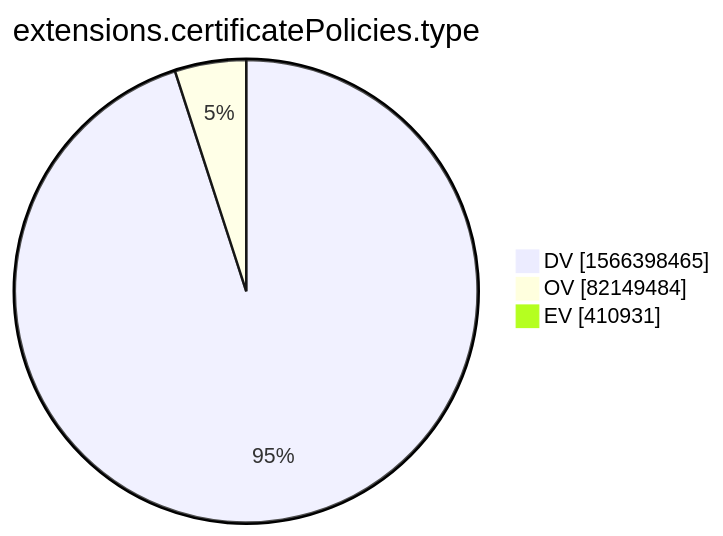
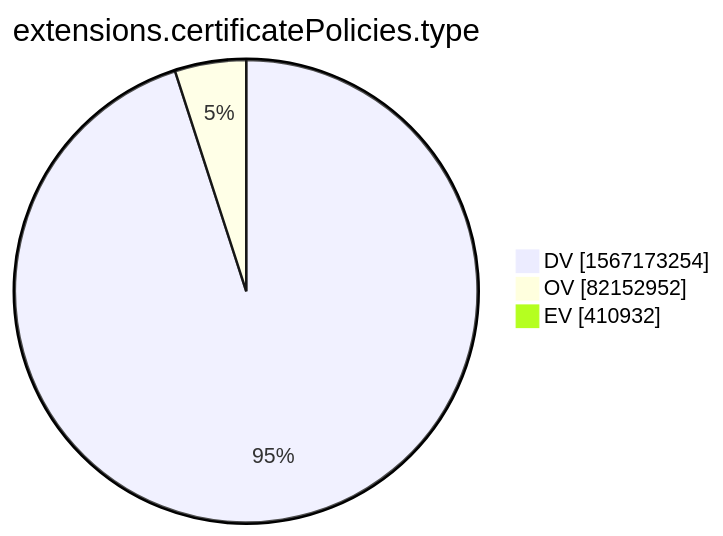
Before and after one commit to christiankrug/ctmonitor_visualization: the tenth of 15 diagrams in xenon2022/README.md, drawn with Mermaid. The commit also changed other lines of this file, not shown here.

````diff
--- a/xenon2022/README.md
+++ b/xenon2022/README.md
@@ -2876,7 +2876,7 @@
 ```mermaid
 pie showData
 title extensions.certificatePolicies.type
-"DV" :1566398465
-"OV" :82149484
-"EV" :410931
+"DV" :1567173254
+"OV" :82152952
+"EV" :410932
 ```
````
